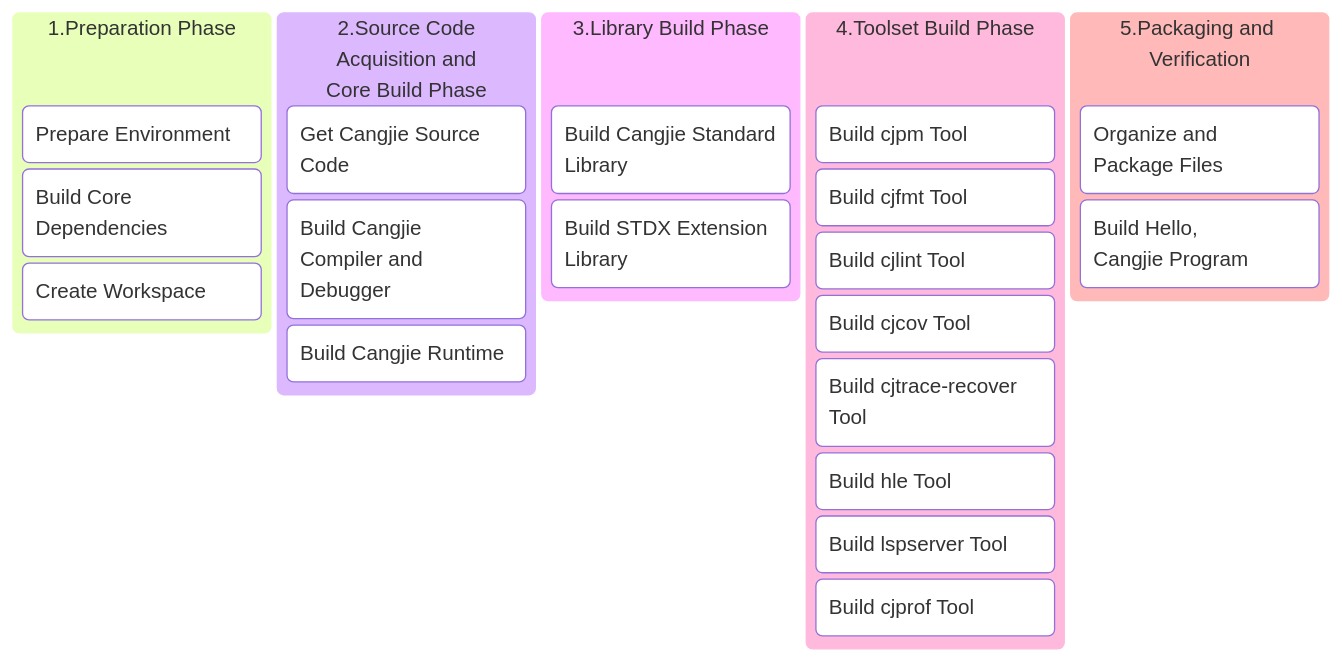
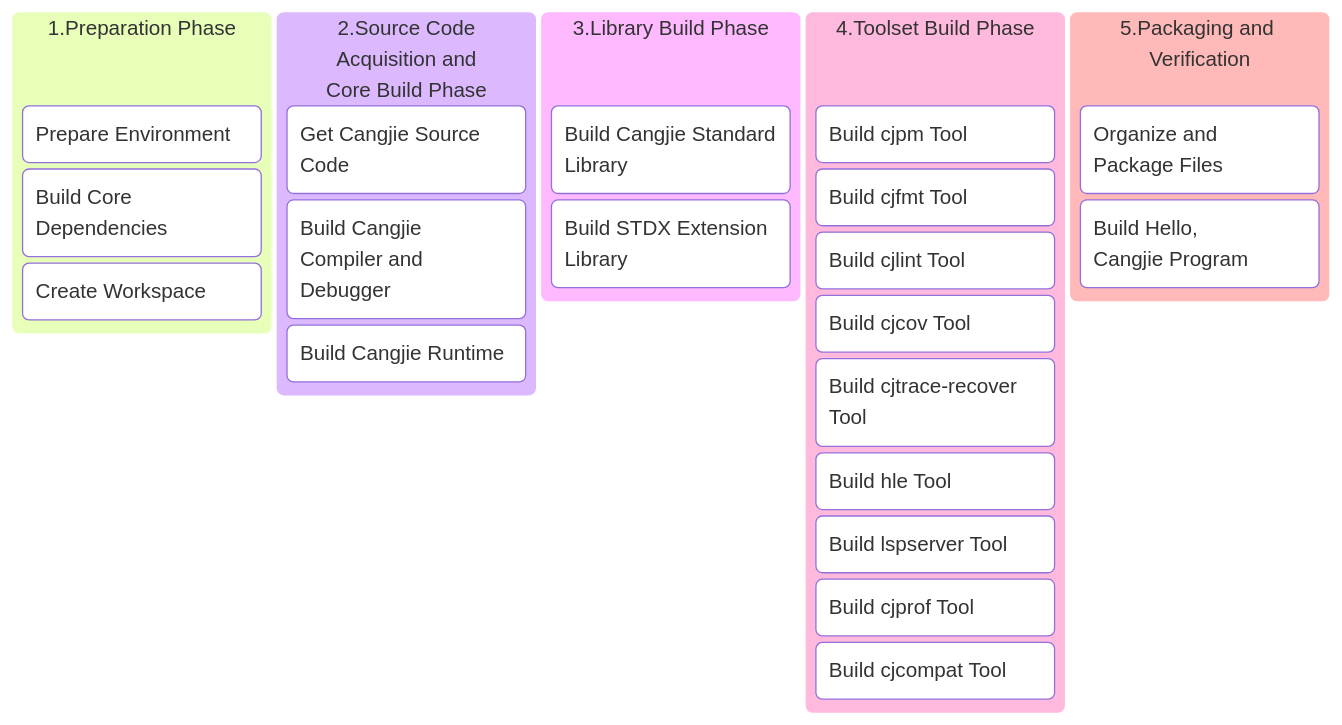
One commit to causerp/cangjie_build changed the diagram in doc_en/linux.md. Above: the diagram before and after it, drawn with Mermaid. The commit also changed other lines of this file and 21 other files, not shown here.

Commit message:
docs: add cjcompat tool build steps to build documentation

````diff
--- a/doc_en/linux.md
+++ b/doc_en/linux.md
@@ -9,26 +9,27 @@
 ```mermaid
 kanban
   1.Preparation Phase
     A[Prepare Environment]
     B[Build Core Dependencies]
     C[Create Workspace]
   2.Source Code<br>Acquisition and<br>Core Build Phase
     D[Get Cangjie Source Code]
     E[Build Cangjie<br>Compiler and<br>Debugger]
     F[Build Cangjie Runtime]
   3.Library Build Phase
     G[Build Cangjie Standard Library]
     H[Build STDX Extension Library]
   4.Toolset Build Phase
     I[Build cjpm Tool]
     J[Build cjfmt Tool]
     K[Build cjlint Tool]
     L[Build cjcov Tool]
     M[Build cjtrace-recover<br>Tool]
     N[Build hle Tool]
     O[Build lspserver Tool]
     P[Build cjprof Tool]
+    Q[Build cjcompat Tool]
   5.Packaging and Verification
-    Q[Organize and<br>Package Files]
-    R[Build Hello,<br>Cangjie Program]
+    R[Organize and<br>Package Files]
+    S[Build Hello,<br>Cangjie Program]
 ```
````
